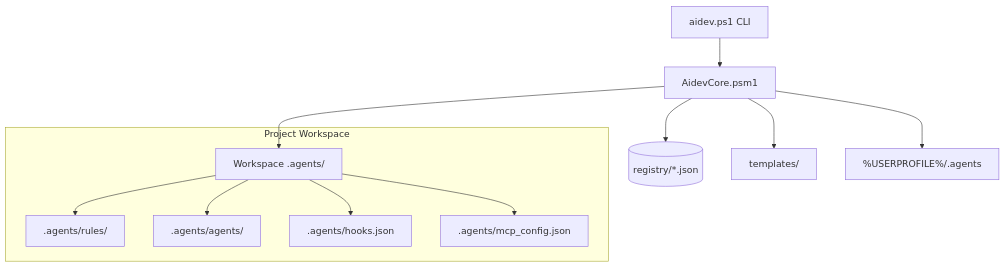
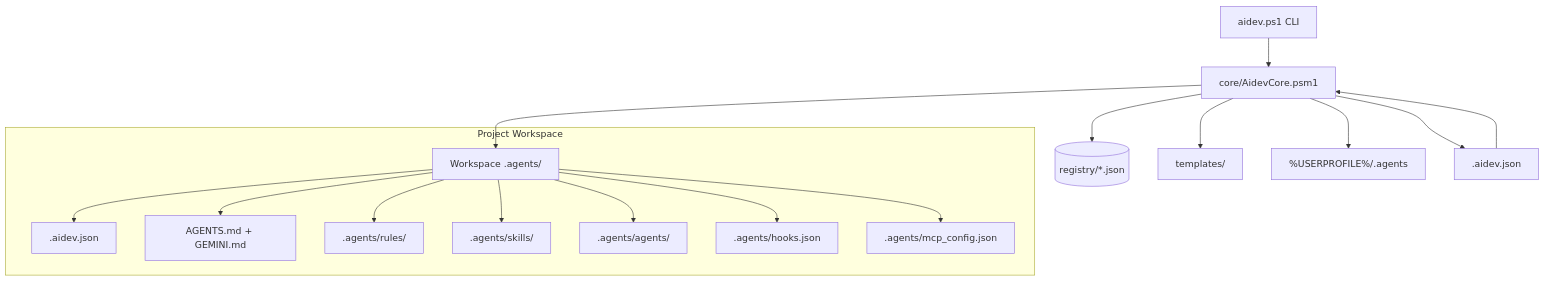
Before and after one commit to joaoantxd/AI-Dev-Machine: the diagram in docs/architecture/overview.md, drawn with Mermaid. The commit also changed other lines of this file and 5 other files, not shown here.

````diff
--- a/docs/architecture/overview.md
+++ b/docs/architecture/overview.md
@@ -7,15 +7,20 @@
 ```mermaid
 graph TD
-    CLI[aidev.ps1 CLI] --> Engine[AidevCore.psm1]
+    CLI[aidev.ps1 CLI] --> Engine[core/AidevCore.psm1]
     Engine --> Registry[(registry/*.json)]
     Engine --> Templates[templates/]
     Engine --> GlobalAgents[%USERPROFILE%/.agents]
+    Engine --> ProjectManifest[.aidev.json]
+    ProjectManifest --> Engine
     Engine --> ProjectWS[Workspace .agents/]
 
     subgraph "Project Workspace"
+        ProjectWS --> Manifest[.aidev.json]
+        ProjectWS --> Constitution[AGENTS.md + GEMINI.md]
         ProjectWS --> Rules[.agents/rules/]
+        ProjectWS --> SkillsLinks[.agents/skills/]
         ProjectWS --> CognitiveAgents[.agents/agents/]
         ProjectWS --> Hooks[.agents/hooks.json]
         ProjectWS --> MCP[.agents/mcp_config.json]
     end
 ```
````
